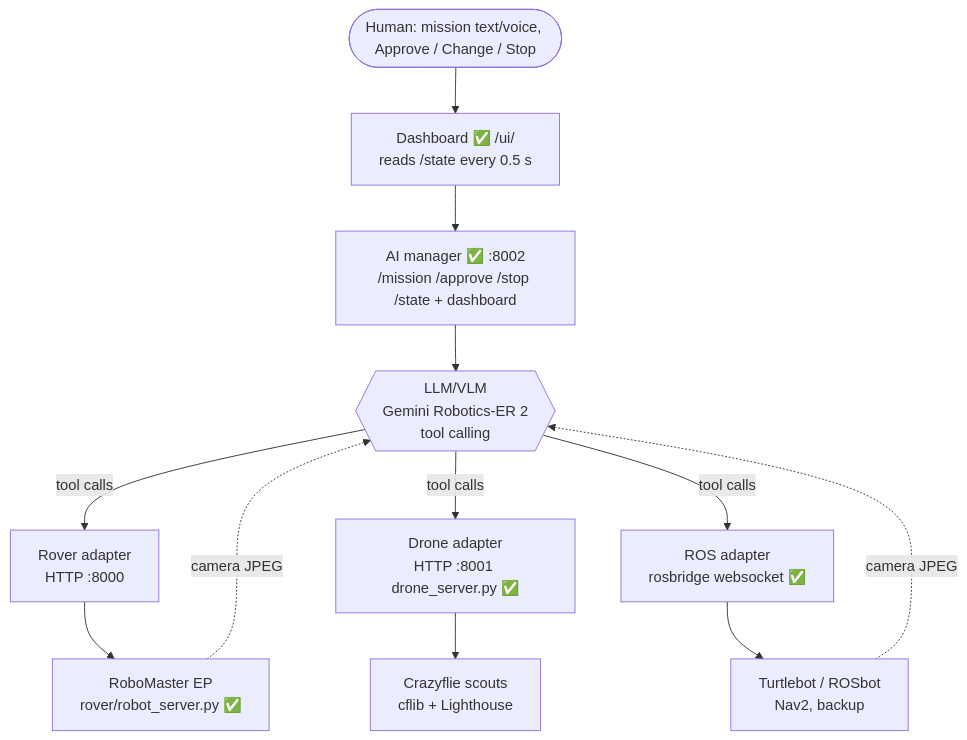
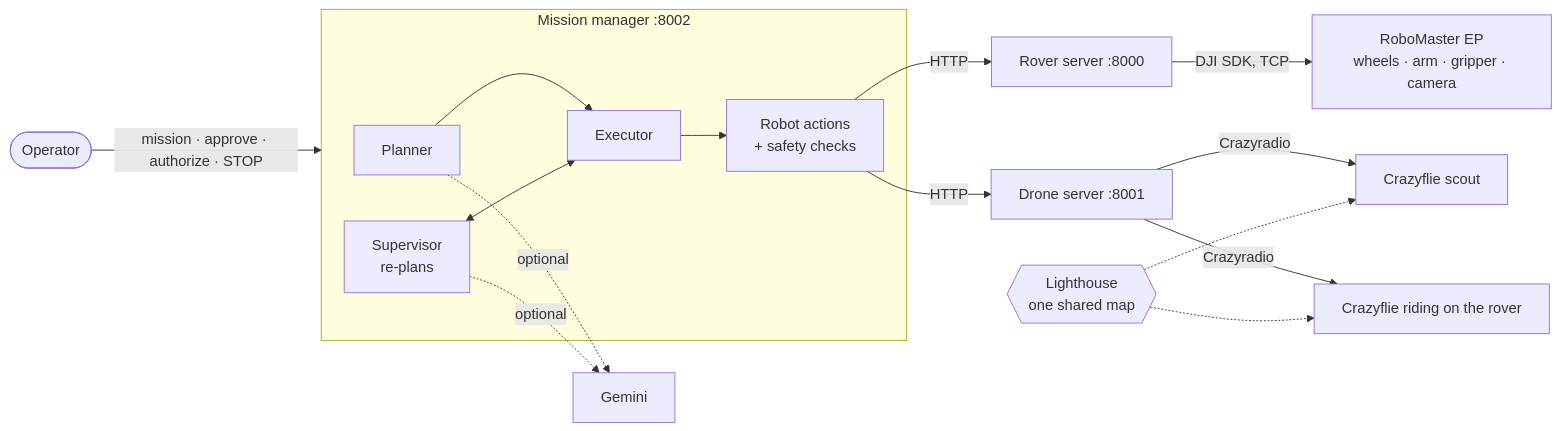
Before and after one commit to IamHetPatel/marc: the diagram in README.md, drawn with Mermaid. The commit also changed other lines of this file and 22 other files, not shown here.

````diff
--- a/README.md
+++ b/README.md
@@ -57,20 +28,13 @@
 ```mermaid
-flowchart TB
-    H([Human: mission text/voice, Approve / Change / Stop])
-    D[Dashboard ✅ /ui/<br/>reads /state every 0.5 s]
-    M[AI manager ✅ :8002<br/>/mission /approve /stop /state + dashboard]
-    L{{LLM/VLM<br/>Gemini Robotics-ER 2<br/>tool calling}}
-    A1[Rover adapter<br/>HTTP :8000]
-    A2[Drone adapter<br/>HTTP :8001 drone_server.py ✅]
-    A3[ROS adapter<br/>rosbridge websocket ✅]
-    R1[RoboMaster EP<br/>rover/robot_server.py ✅]
-    R2[Crazyflie scouts<br/>cflib + Lighthouse]
-    R3[Turtlebot / ROSbot<br/>Nav2, backup]
-
-    H --> D --> M --> L
-    L -- "tool calls" --> A1 & A2 & A3
-    A1 --> R1
-    A2 --> R2
-    A3 --> R3
-    R1 & R3 -. "camera JPEG" .-> L
+flowchart LR
+  You(["Operator"]) -- "mission · approve · authorize · STOP" --> MS
+  subgraph MS ["Mission manager :8002"]
+    P["Planner"] --> E["Executor"] --> T["Robot actions<br/>+ safety checks"]
+    S["Supervisor<br/>re-plans"] <--> E
+  end
+  T -- HTTP --> R["Rover server :8000"] -- "DJI SDK, TCP" --> EP["RoboMaster EP<br/>wheels · arm · gripper · camera"]
+  T -- HTTP --> D["Drone server :8001"] -- "Crazyradio" --> CF["Crazyflie scout"]
+  D -- "Crazyradio" --> RIDER["Crazyflie riding on the rover"]
+  LH{{"Lighthouse<br/>one shared map"}} -.-> CF & RIDER
+  P & S -. "optional" .-> AI["Gemini"]
 ```
````
